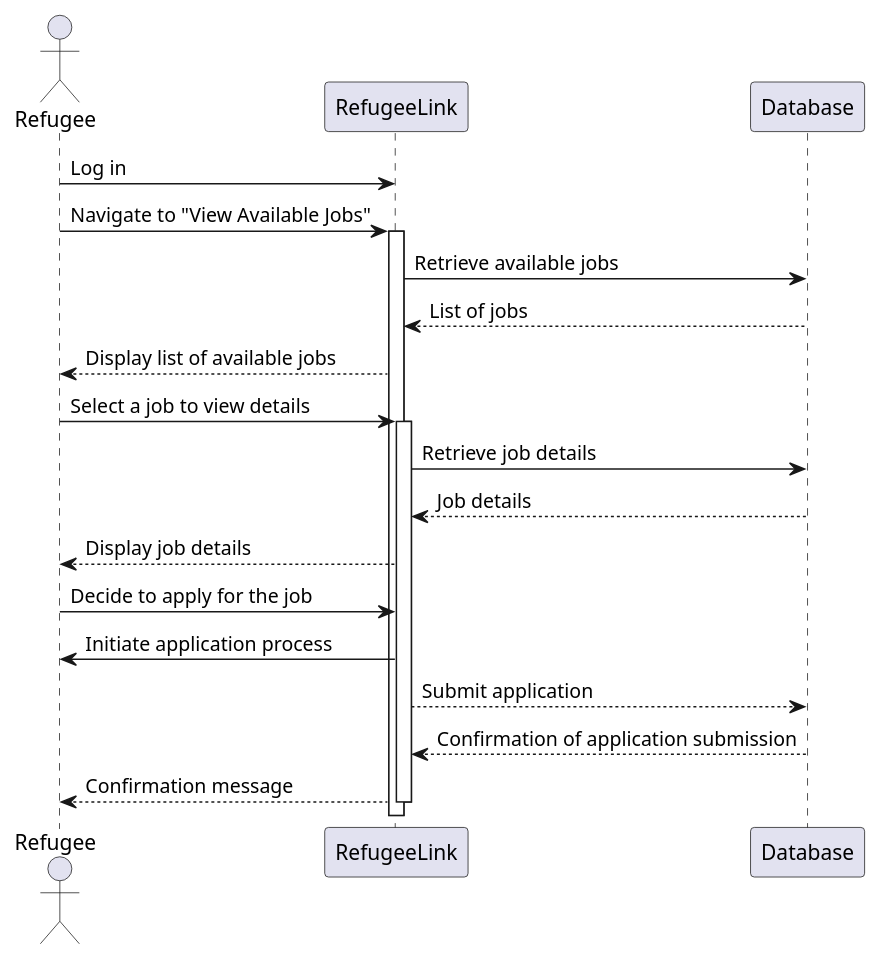
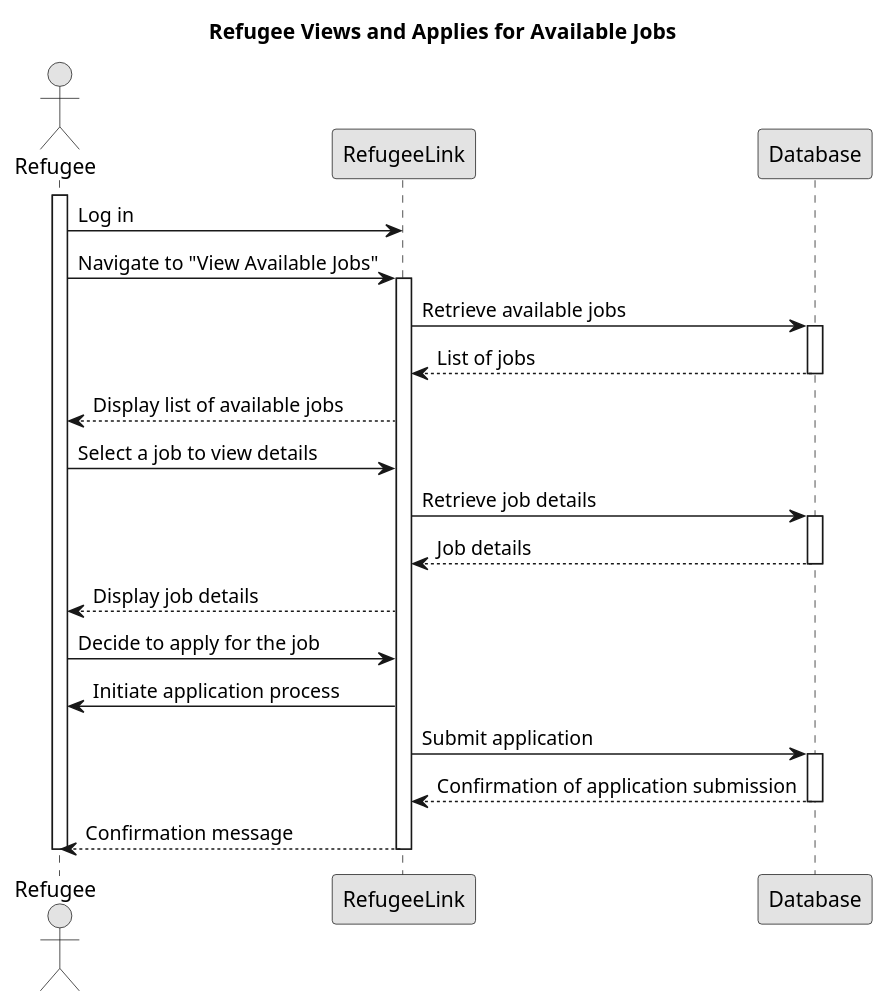
The diagram in Doc/use-Cases/uc022/sequenceDiagram/sequenceDiagram022.puml (kanzodotjava/RefugeeLINK), drawn with PlantUML before and after one commit. The commit also changed 36 other files, not shown here.

Commit message:
Updated diagrams

```diff
--- a/Doc/use-Cases/uc022/sequenceDiagram/sequenceDiagram022.puml
+++ b/Doc/use-Cases/uc022/sequenceDiagram/sequenceDiagram022.puml
@@ -1,30 +1,46 @@
 @startuml
+skinparam monochrome true
+skinparam packageStyle rectangle
+skinparam shadowing false
+
+title Refugee Views and Applies for Available Jobs
 
 actor Refugee
-Refugee -> RefugeeLink: Log in
-Refugee -> RefugeeLink: Navigate to "View Available Jobs"
+participant "RefugeeLink" as RL
+participant "Database" as DB
 
-activate RefugeeLink
+activate Refugee
 
-RefugeeLink -> Database: Retrieve available jobs
-Database --> RefugeeLink: List of jobs
+Refugee -> RL : Log in
+Refugee -> RL : Navigate to "View Available Jobs"
+activate RL
 
-RefugeeLink --> Refugee: Display list of available jobs
+RL -> DB : Retrieve available jobs
+activate DB
+DB --> RL : List of jobs
+deactivate DB
 
-Refugee -> RefugeeLink: Select a job to view details
-activate RefugeeLink
+RL --> Refugee : Display list of available jobs
 
-RefugeeLink -> Database: Retrieve job details
-Database --> RefugeeLink: Job details
+Refugee -> RL : Select a job to view details
 
-RefugeeLink --> Refugee: Display job details
+RL -> DB : Retrieve job details
+activate DB
+DB --> RL : Job details
+deactivate DB
 
-Refugee -> RefugeeLink: Decide to apply for the job
-RefugeeLink -> Refugee: Initiate application process
-RefugeeLink --> Database: Submit application
-Database --> RefugeeLink: Confirmation of application submission
-RefugeeLink --> Refugee: Confirmation message
+RL --> Refugee : Display job details
 
-deactivate RefugeeLink
+Refugee -> RL : Decide to apply for the job
+RL -> Refugee : Initiate application process
+RL -> DB : Submit application
+activate DB
+DB --> RL : Confirmation of application submission
+deactivate DB
+
+RL --> Refugee : Confirmation message
+
+deactivate RL
+deactivate Refugee
 
 @enduml
```
